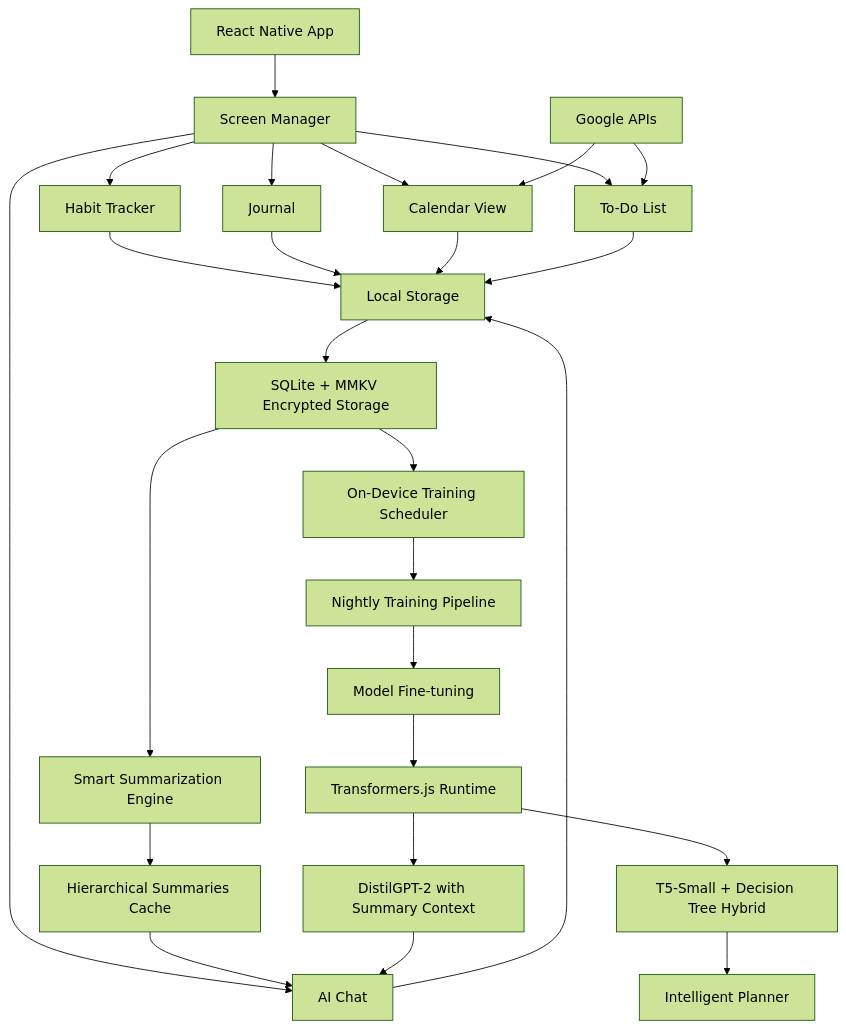
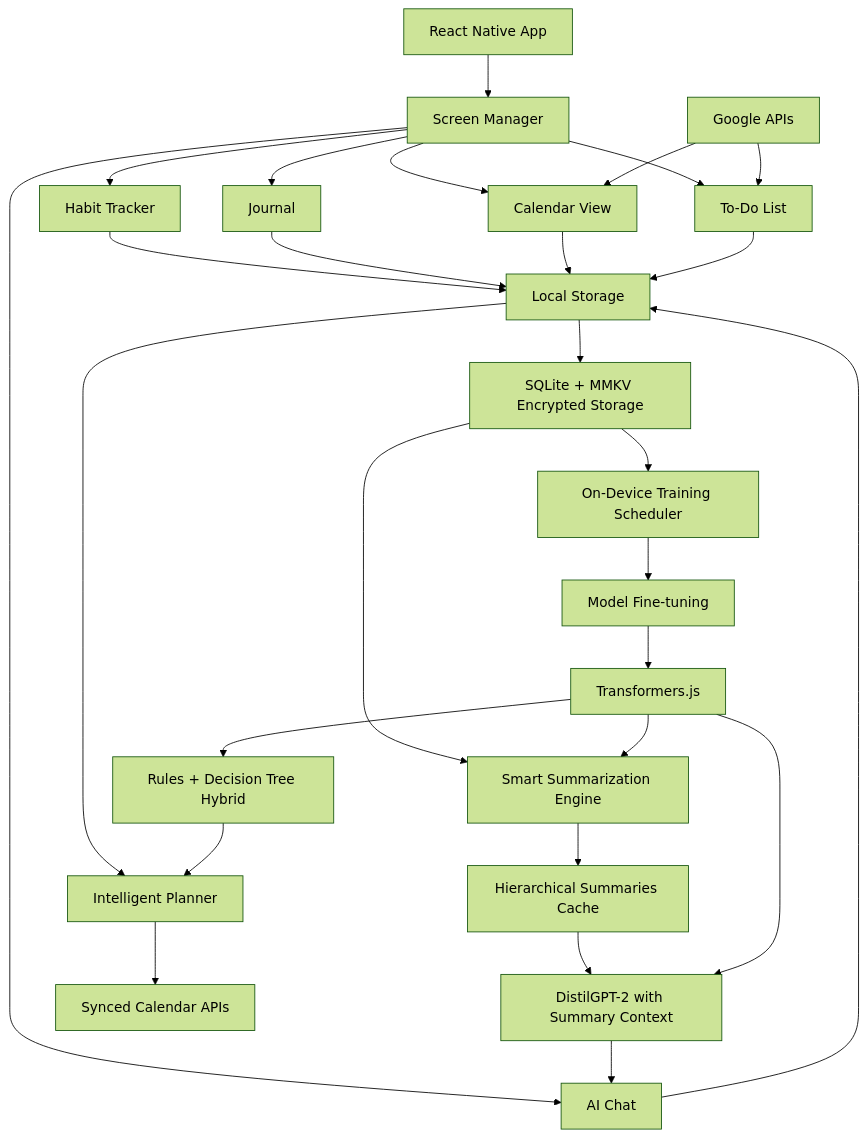
The diagram in docs/ARCHITECTURE.md (Jelterminator/Shifu), drawn with Mermaid (forest theme) before and after one commit. The commit also changed other lines of this file, not shown here.

````diff
--- a/docs/ARCHITECTURE.md
+++ b/docs/ARCHITECTURE.md
@@ -96,36 +43,40 @@
 ```mermaid
 graph TB
     A[React Native App] --> B[Screen Manager]
 
     B --> D[Habit Tracker]
     B --> E[Journal]
     B --> F[Calendar View]
     B --> G[To-Do List]
     B --> H[AI Chat]
 
     C[Google APIs] --> F
     C --> G
 
     D --> I[Local Storage]
     E --> I
     F --> I
     G --> I
     H --> I
 
     I --> J[SQLite + MMKV Encrypted Storage]
+    I --> S[Intelligent Planner]
 
     J --> K[Smart Summarization Engine]
     K --> L[Hierarchical Summaries Cache]
-    L --> H
+    L --> R
 
     J --> M[On-Device Training Scheduler]
-    M --> N[Nightly Training Pipeline]
-    N --> O[Model Fine-tuning]
+    M --> O[Model Fine-tuning]
 
-    O --> P[Transformers.js Runtime]
-    P --> Q[T5-Small + Decision Tree Hybrid]
+    O --> P[Transformers.js]
+
+    P --> K
+    P --> Q[Rules + Decision Tree Hybrid]
     P --> R[DistilGPT-2 with Summary Context]
 
-    Q --> S[Intelligent Planner]
+    Q --> S
     R --> H
+
+    S --> N[Synced Calendar APIs]
 ```
````
